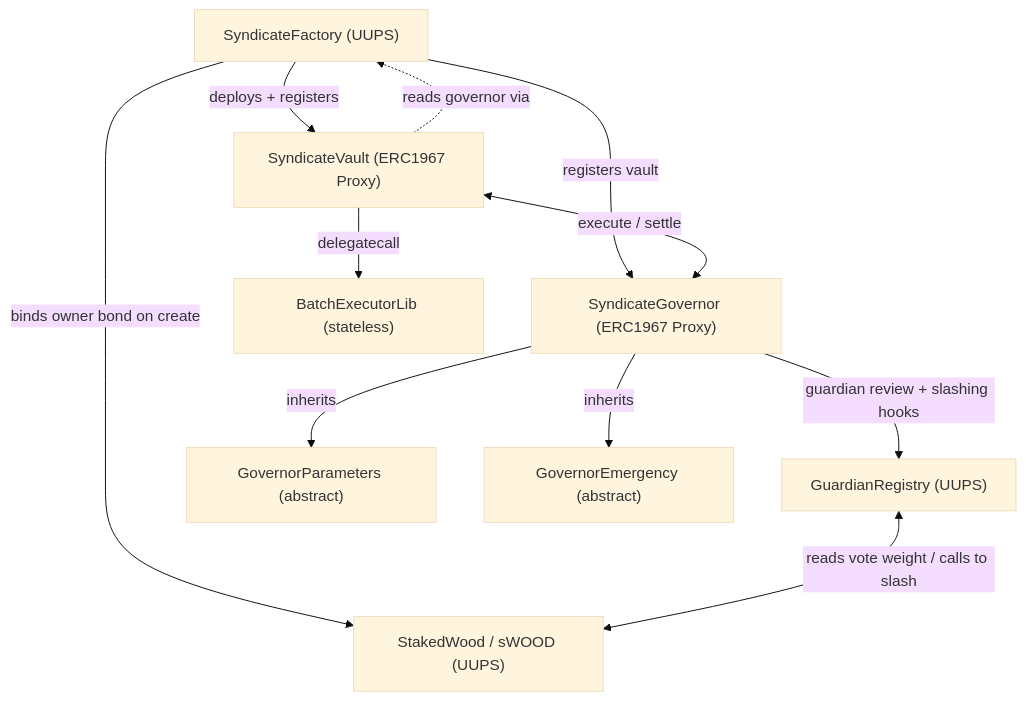
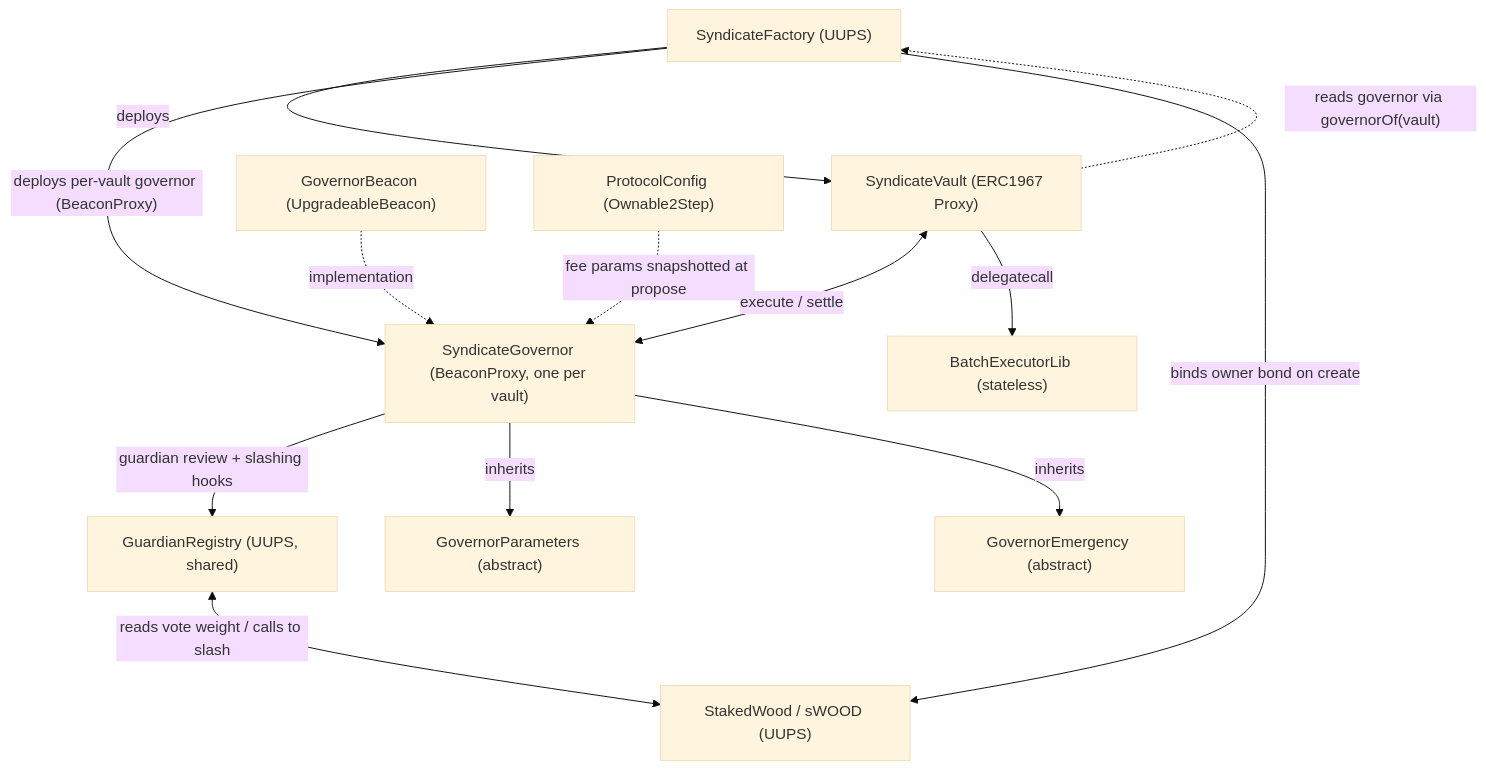
The diagram in protocol/architecture.mdx (sherwoodagent/mintlify-docs), drawn with Mermaid (base theme) before and after one commit. The commit also changed other lines of this file and 8 other files, not shown here.

First line of the commit message:
docs: per-vault BeaconProxy governors — syndicate-managed governance

````diff
--- a/protocol/architecture.mdx
+++ b/protocol/architecture.mdx
@@ -11,13 +11,15 @@
 ```mermaid
 graph TD
-    F["SyndicateFactory (UUPS)"] -->|deploys + registers| V["SyndicateVault (ERC1967 Proxy)"]
-    F -->|registers vault| G["SyndicateGovernor (ERC1967 Proxy)"]
+    F["SyndicateFactory (UUPS)"] -->|deploys| V["SyndicateVault (ERC1967 Proxy)"]
+    F -->|"deploys per-vault governor (BeaconProxy)"| G["SyndicateGovernor (BeaconProxy, one per vault)"]
+    GB["GovernorBeacon (UpgradeableBeacon)"] -.->|implementation| G
+    PC["ProtocolConfig (Ownable2Step)"] -.->|fee params snapshotted at propose| G
     F -->|binds owner bond on create| SW["StakedWood / sWOOD (UUPS)"]
-    G -->|guardian review + slashing hooks| R["GuardianRegistry (UUPS)"]
+    G -->|guardian review + slashing hooks| R["GuardianRegistry (UUPS, shared)"]
     R <-->|reads vote weight / calls to slash| SW
     V <-->|execute / settle| G
     V -->|delegatecall| B["BatchExecutorLib (stateless)"]
     G -->|inherits| P["GovernorParameters (abstract)"]
     G -->|inherits| E["GovernorEmergency (abstract)"]
-    V -.->|reads governor via| F
+    V -.->|"reads governor via governorOf(vault)"| F
 ```
````
